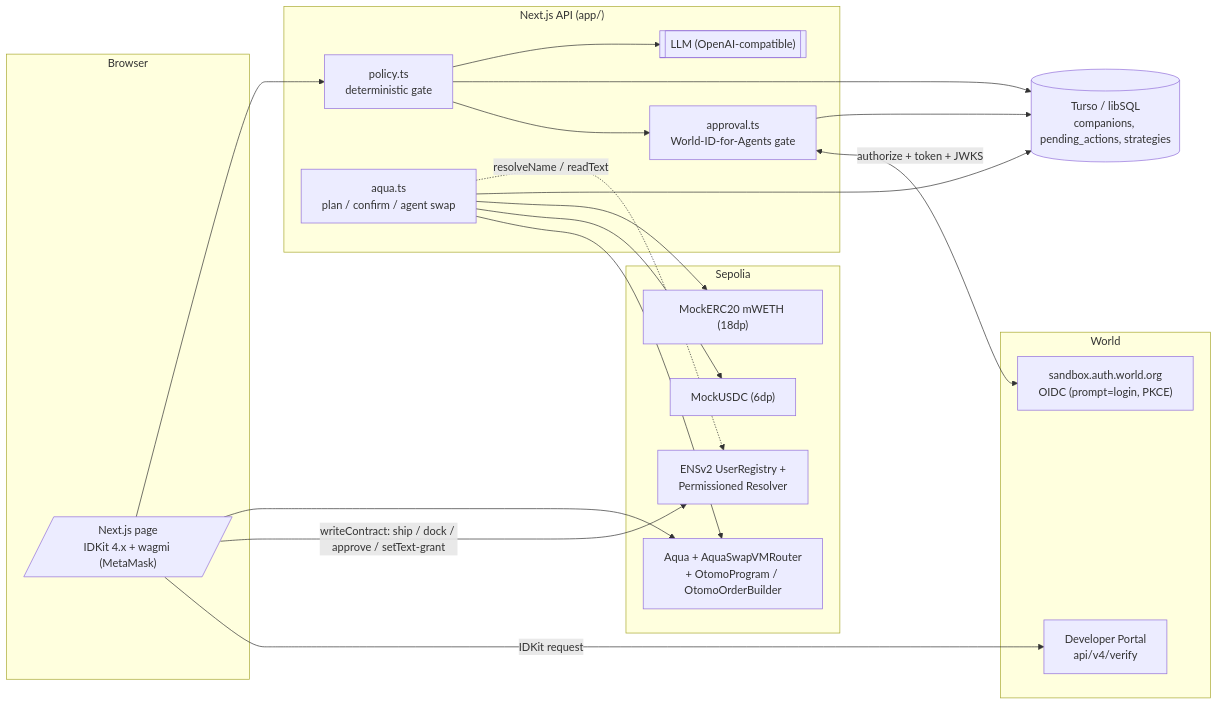
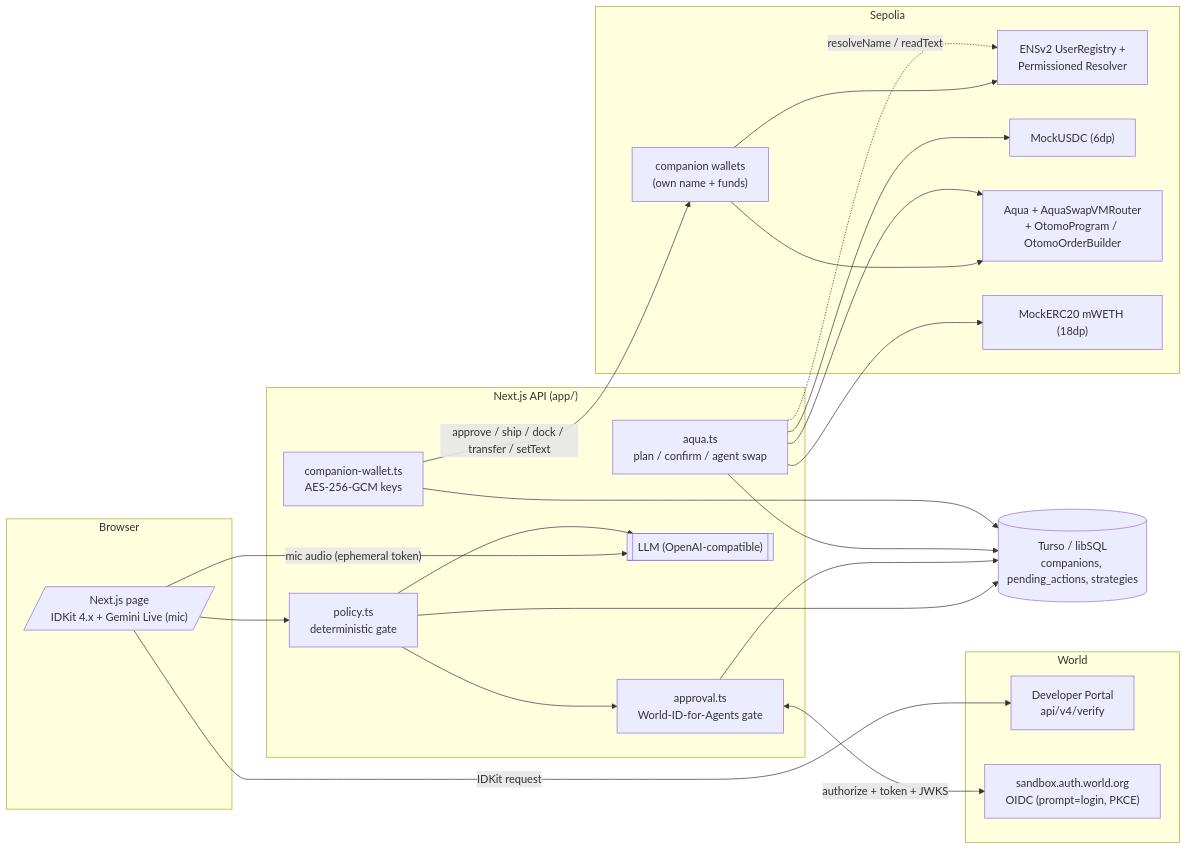
Before and after one commit to bw-bit/otomo: the diagram in README.md, drawn with Mermaid. The commit also changed other lines of this file and 5 other files, not shown here.

First line of the commit message:
Fund each companion wallet with gas at birth; add submission docs

````diff
--- a/README.md
+++ b/README.md
@@ -29,38 +33,43 @@
 ```mermaid
 flowchart LR
   subgraph Browser
-    UI[/"Next.js page<br/>IDKit 4.x + wagmi (MetaMask)"/]
+    UI[/"Next.js page<br/>IDKit 4.x + Gemini Live (mic)"/]
   end
   subgraph "Next.js API (app/)"
     POLICY["policy.ts<br/>deterministic gate"]
     APPROVAL["approval.ts<br/>World-ID-for-Agents gate"]
     AQUALIB["aqua.ts<br/>plan / confirm / agent swap"]
+    CWALLET["companion-wallet.ts<br/>AES-256-GCM keys"]
     LLM[["LLM (OpenAI-compatible)"]]
   end
   subgraph World
     DEV["Developer Portal<br/>api/v4/verify"]
     OIDC["sandbox.auth.world.org<br/>OIDC (prompt=login, PKCE)"]
   end
   subgraph "Sepolia"
     ENS["ENSv2 UserRegistry +<br/>Permissioned Resolver"]
     USDC["MockUSDC (6dp)"]
     AQUA["Aqua + AquaSwapVMRouter<br/>+ OtomoProgram / OtomoOrderBuilder"]
     MWETH["MockERC20 mWETH (18dp)"]
+    COMPW["companion wallets<br/>(own name + funds)"]
   end
   DB[("Turso / libSQL<br/>companions, pending_actions, strategies")]
 
   UI -->|"IDKit request"| DEV
-  UI -->|"writeContract: ship / dock / approve / setText-grant"| ENS
-  UI --> AQUA
+  UI -->|"mic audio (ephemeral token)"| LLM
+  CWALLET -->|"approve / ship / dock / transfer / setText"| COMPW
+  COMPW --> ENS
+  COMPW --> AQUA
   POLICY --> APPROVAL
   APPROVAL <-->|"authorize + token + JWKS"| OIDC
   AQUALIB --> AQUA
   AQUALIB --> USDC
   AQUALIB --> MWETH
   POLICY --> DB
   APPROVAL --> DB
   AQUALIB --> DB
+  CWALLET --> DB
   UI --> POLICY
   POLICY --> LLM
   AQUALIB -.->|"resolveName / readText"| ENS
 ```
````
